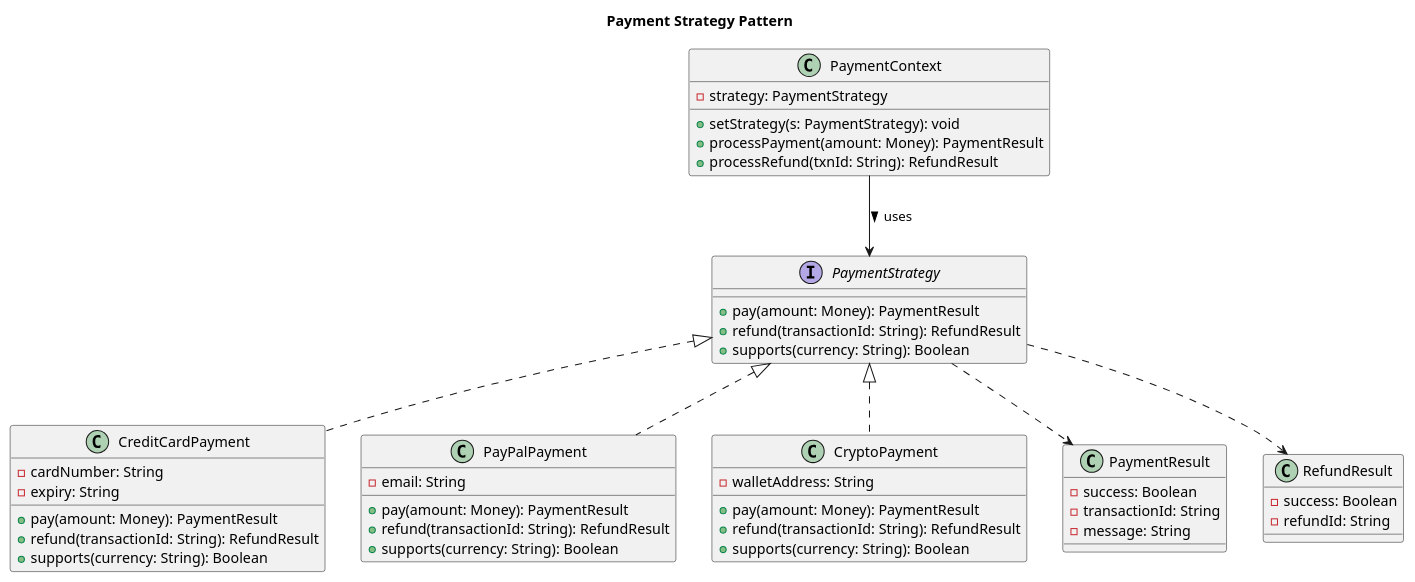
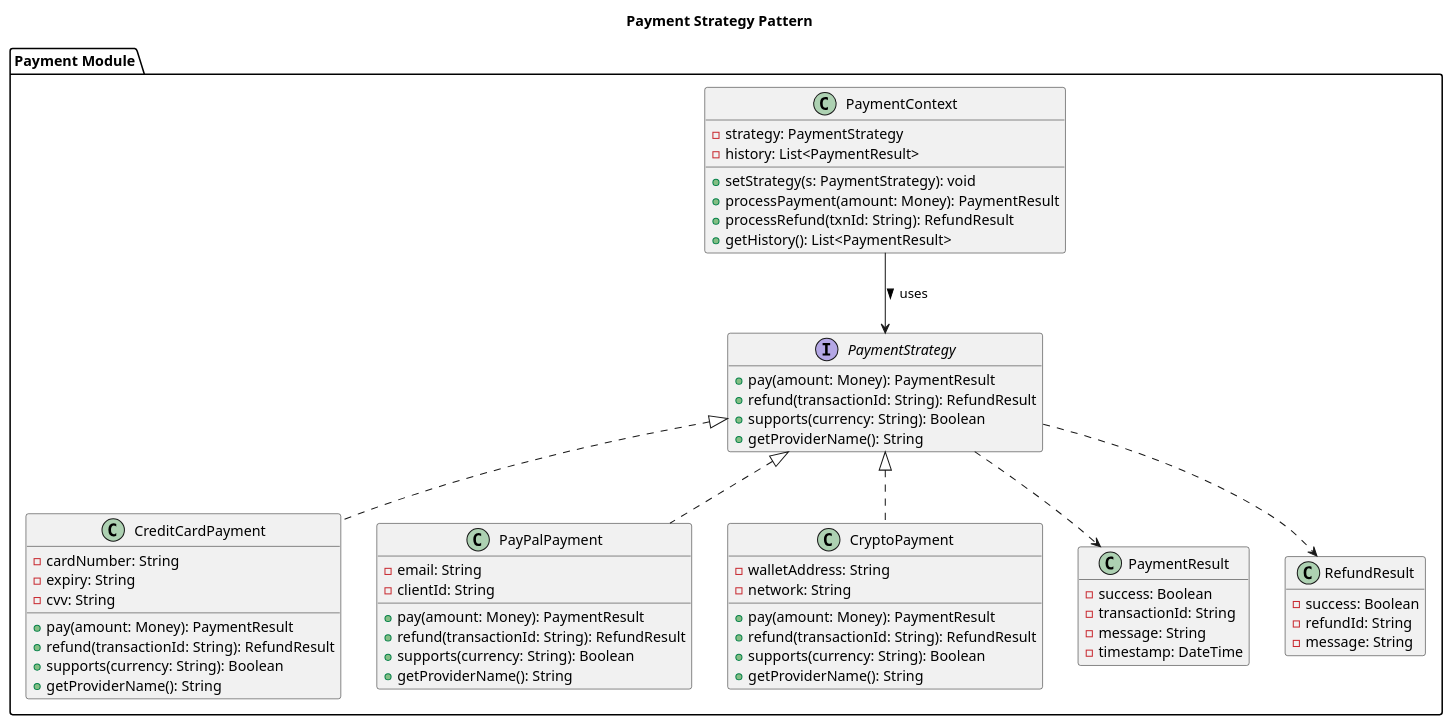
Before and after one commit to nochoco-lee/posit: the diagram in test_scripts/gallery/plantuml_class/advanced_05.puml, drawn with PlantUML. The commit also changed 39 other files, not shown here.

First line of the commit message:
feat: rewrite all advanced diagrams with commonly-used features

```diff
--- a/test_scripts/gallery/plantuml_class/advanced_05.puml
+++ b/test_scripts/gallery/plantuml_class/advanced_05.puml
@@ -1,53 +1,68 @@
 @startuml
 title Payment Strategy Pattern
 
-interface PaymentStrategy {
-  +pay(amount: Money): PaymentResult
-  +refund(transactionId: String): RefundResult
-  +supports(currency: String): Boolean
-}
+hide empty members
 
-class CreditCardPayment implements PaymentStrategy {
-  -cardNumber: String
-  -expiry: String
-  +pay(amount: Money): PaymentResult
-  +refund(transactionId: String): RefundResult
-  +supports(currency: String): Boolean
-}
+package "Payment Module" {
+  interface PaymentStrategy {
+    +pay(amount: Money): PaymentResult
+    +refund(transactionId: String): RefundResult
+    +supports(currency: String): Boolean
+    +getProviderName(): String
+  }
 
-class PayPalPayment implements PaymentStrategy {
-  -email: String
-  +pay(amount: Money): PaymentResult
-  +refund(transactionId: String): RefundResult
-  +supports(currency: String): Boolean
-}
+  class CreditCardPayment implements PaymentStrategy {
+    -cardNumber: String
+    -expiry: String
+    -cvv: String
+    +pay(amount: Money): PaymentResult
+    +refund(transactionId: String): RefundResult
+    +supports(currency: String): Boolean
+    +getProviderName(): String
+  }
 
-class CryptoPayment implements PaymentStrategy {
-  -walletAddress: String
-  +pay(amount: Money): PaymentResult
-  +refund(transactionId: String): RefundResult
-  +supports(currency: String): Boolean
-}
+  class PayPalPayment implements PaymentStrategy {
+    -email: String
+    -clientId: String
+    +pay(amount: Money): PaymentResult
+    +refund(transactionId: String): RefundResult
+    +supports(currency: String): Boolean
+    +getProviderName(): String
+  }
 
-class PaymentContext {
-  -strategy: PaymentStrategy
-  +setStrategy(s: PaymentStrategy): void
-  +processPayment(amount: Money): PaymentResult
-  +processRefund(txnId: String): RefundResult
-}
+  class CryptoPayment implements PaymentStrategy {
+    -walletAddress: String
+    -network: String
+    +pay(amount: Money): PaymentResult
+    +refund(transactionId: String): RefundResult
+    +supports(currency: String): Boolean
+    +getProviderName(): String
+  }
 
-class PaymentResult {
-  -success: Boolean
-  -transactionId: String
-  -message: String
-}
+  class PaymentContext {
+    -strategy: PaymentStrategy
+    -history: List<PaymentResult>
+    +setStrategy(s: PaymentStrategy): void
+    +processPayment(amount: Money): PaymentResult
+    +processRefund(txnId: String): RefundResult
+    +getHistory(): List<PaymentResult>
+  }
 
-class RefundResult {
-  -success: Boolean
-  -refundId: String
+  class PaymentResult {
+    -success: Boolean
+    -transactionId: String
+    -message: String
+    -timestamp: DateTime
+  }
+
+  class RefundResult {
+    -success: Boolean
+    -refundId: String
+    -message: String
+  }
 }
 
 PaymentContext --> PaymentStrategy : uses >
 PaymentStrategy ..> PaymentResult
 PaymentStrategy ..> RefundResult
 @enduml
```
